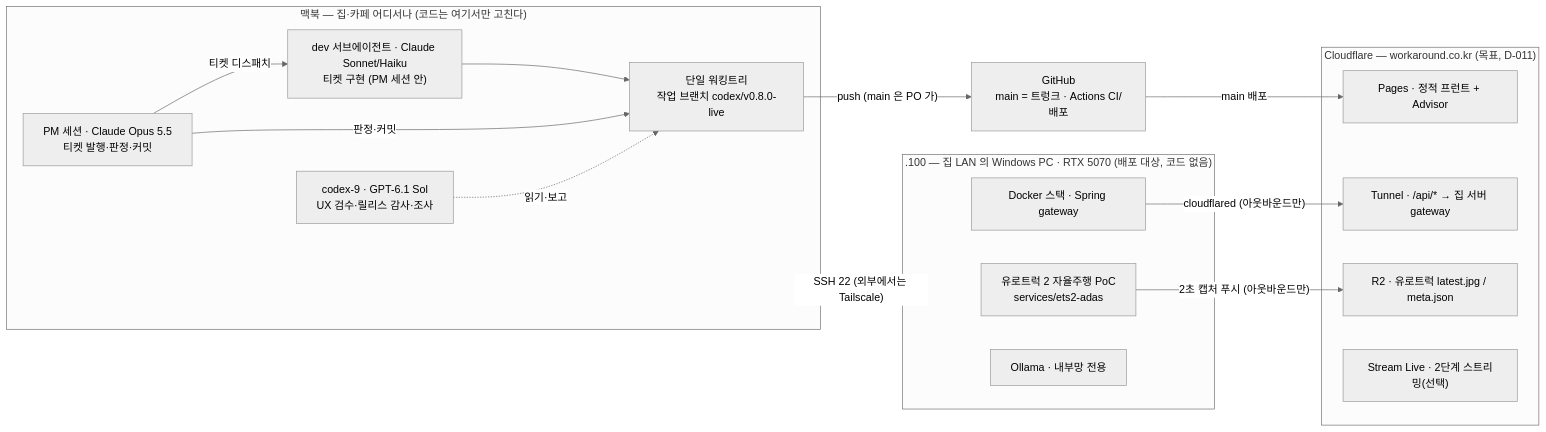
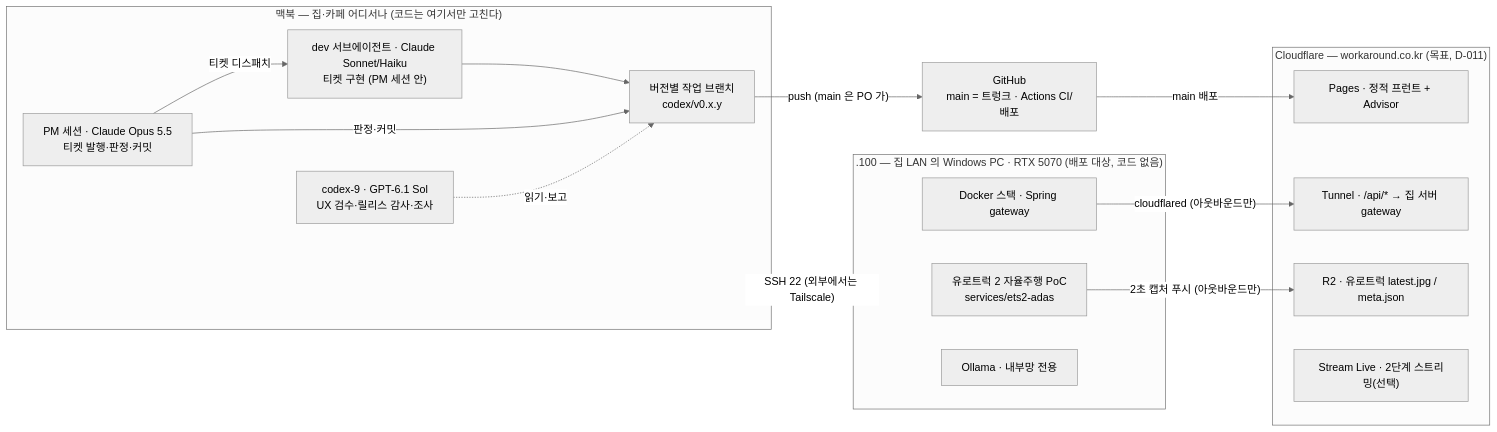
Before and after one commit to lim-it-err/workaround.co.kr-platform: the second of 2 diagrams in README.md, drawn with Mermaid (neutral theme). The commit also changed other lines of this file, not shown here.

Commit message:
docs(README): v0.8.2 행·버전별 작업 브랜치·Haiku 5.5 표기

````diff
--- a/README.md
+++ b/README.md
@@ -165,30 +165,30 @@
 ```mermaid
 flowchart LR
   subgraph MAC["맥북 — 집·카페 어디서나 (코드는 여기서만 고친다)"]
     PM["PM 세션 · Claude Opus 5.5<br/>티켓 발행·판정·커밋"]
     DEV["dev 서브에이전트 · Claude Sonnet/Haiku<br/>티켓 구현 (PM 세션 안)"]
     CDX["codex-9 · GPT-6.1 Sol<br/>UX 검수·릴리스 감사·조사"]
-    WT["단일 워킹트리<br/>작업 브랜치 codex/v0.8.0-live"]
+    WT["버전별 작업 브랜치<br/>codex/v0.x.y"]
     PM -- "티켓 디스패치" --> DEV
     DEV --> WT
     PM -- "판정·커밋" --> WT
     CDX -. 읽기·보고 .-> WT
   end
   GH["GitHub<br/>main = 트렁크 · Actions CI/배포"]
   WT -- "push (main 은 PO 가)" --> GH
   subgraph CF["Cloudflare — workaround.co.kr (목표, D-011)"]
     PAGES["Pages · 정적 프런트 + Advisor"]
     TUN["Tunnel · /api/* → 집 서버 gateway"]
     R2["R2 · 유로트럭 latest.jpg / meta.json"]
     STREAM["Stream Live · 2단계 스트리밍(선택)"]
   end
   GH -- "main 배포" --> PAGES
   subgraph W100[".100 — 집 LAN 의 Windows PC · RTX 5070 (배포 대상, 코드 없음)"]
     ETS["유로트럭 2 자율주행 PoC<br/>services/ets2-adas"]
     GW["Docker 스택 · Spring gateway"]
     OLL["Ollama · 내부망 전용"]
   end
   MAC -- "SSH 22 (외부에서는 Tailscale)" --> W100
   ETS -- "2초 캡처 푸시 (아웃바운드만)" --> R2
   GW -- "cloudflared (아웃바운드만)" --> TUN
 ```
````
